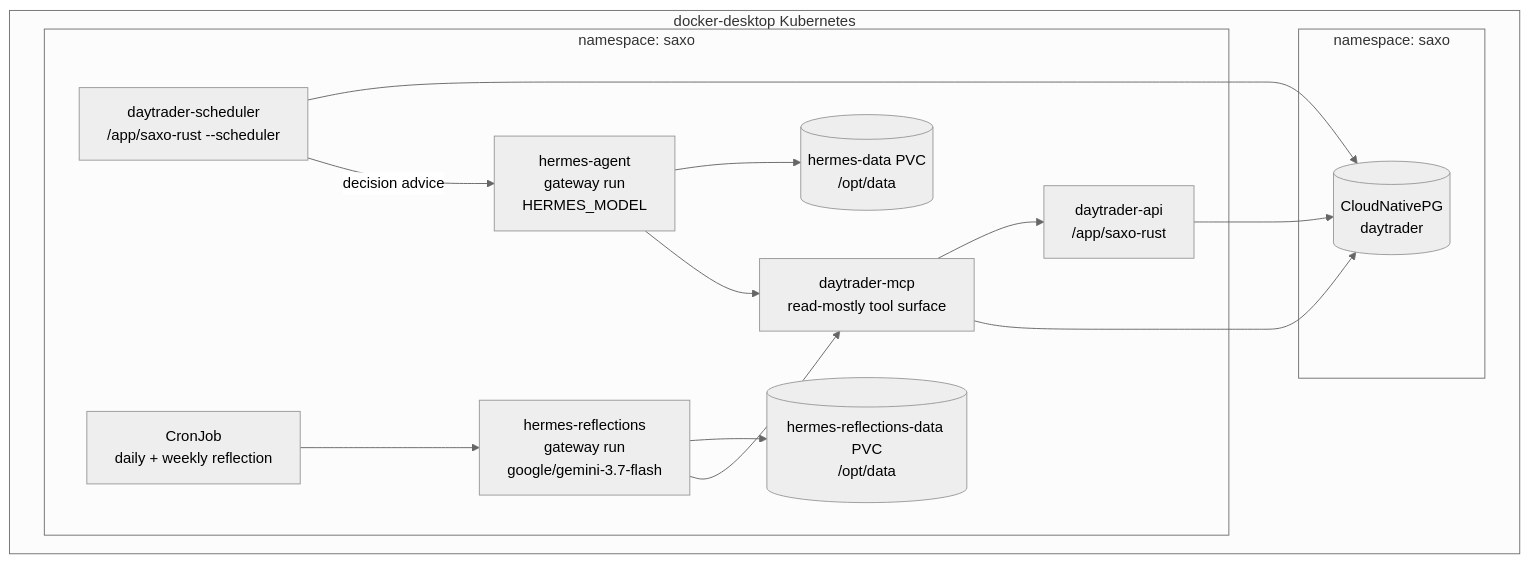
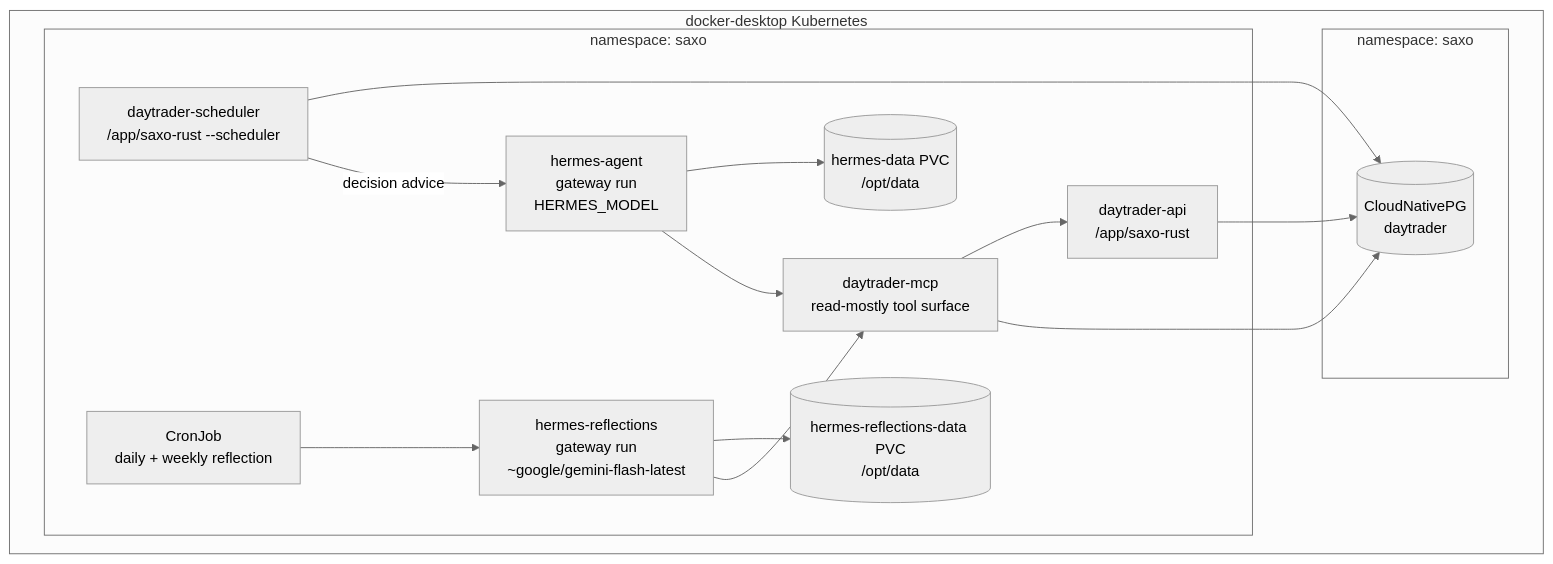
Before and after one commit to simonellefsen/saxo-daytrader-rust: the second of 6 diagrams in docs/hermes-agent.md, drawn with Mermaid (neutral theme). The commit also changed other lines of this file and 2 other files, not shown here.

Commit message:
Track the Gemini Flash family head for nightly reflections
The reflections gateway pinned google/gemini-3.7-flash, which needs a
deploy every time the family moves. OpenRouter publishes a floating alias
for exactly this, so take it.

The leading "~" is OpenRouter's alias marker and is load-bearing: the
plain google/gemini-flash-latest slug returns no such model, verified
against /api/v1/models rather than assumed from the way it was written.
Quoted in YAML because a bare ~ is null, and it reaches the shell only
inside double quotes, where tildes do not expand.

The trade is that the model behind a given reflection is whatever the
family head was that night. For a nightly summariser nothing gates on
that, and the alias prices identically to the pin today. The trading
path deliberately does not follow: its model stays in hermes-env, where
changing it is a deliberate, reviewable act.

````diff
--- a/docs/hermes-agent.md
+++ b/docs/hermes-agent.md
@@ -119,30 +119,30 @@
 ```mermaid
 flowchart TB
   subgraph K["docker-desktop Kubernetes"]
     subgraph NS["namespace: saxo"]
       API["daytrader-api\n/app/saxo-rust"]
       SCH["daytrader-scheduler\n/app/saxo-rust --scheduler"]
       H["hermes-agent\ngateway run\nHERMES_MODEL"]
-      HR["hermes-reflections\ngateway run\ngoogle/gemini-3.7-flash"]
+      HR["hermes-reflections\ngateway run\n~google/gemini-flash-latest"]
       MCP["daytrader-mcp\nread-mostly tool surface"]
       HPVC[("hermes-data PVC\n/opt/data")]
       HRPVC[("hermes-reflections-data PVC\n/opt/data")]
       CRON["CronJob\ndaily + weekly reflection"]
     end
 
     subgraph DBNS["namespace: saxo"]
       PG[("CloudNativePG\ndaytrader")]
     end
   end
 
   API --> PG
   SCH --> PG
   H --> HPVC
   H --> MCP
   HR --> HRPVC
   HR --> MCP
   CRON --> HR
   SCH -->|decision advice| H
   MCP --> API
   MCP --> PG
 ```
````
